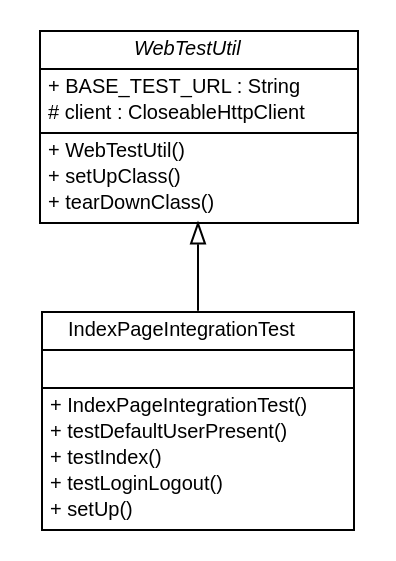
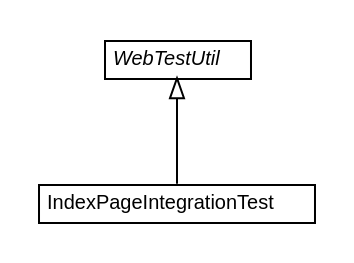
Before and after one commit to B3Partners/brmo: the diagram in brmo-service/testapidocs/nl/b3p/web/nl.b3p.web.dot, drawn with Graphviz. The commit also changed 385 other files, not shown here.

```diff
--- a/brmo-service/testapidocs/nl/b3p/web/nl.b3p.web.dot
+++ b/brmo-service/testapidocs/nl/b3p/web/nl.b3p.web.dot
@@ -1,45 +1,26 @@
 #!/usr/local/bin/dot
 #
 # Class diagram 
 # Generated by UMLGraph version R5_6-24-gf6e263 (http://www.umlgraph.org/)
 #
 
 digraph G {
 	edge [fontname="Helvetica",fontsize=10,labelfontname="Helvetica",labelfontsize=10];
 	node [fontname="Helvetica",fontsize=10,shape=plaintext];
 	nodesep=0.25;
 	ranksep=0.5;
 	// nl.b3p.web.WebTestUtil
-	c23 [label=<<table title="nl.b3p.web.WebTestUtil" border="0" cellborder="1" cellspacing="0" cellpadding="2" port="p" href="./WebTestUtil.html">
+	c22 [label=<<table title="nl.b3p.web.WebTestUtil" border="0" cellborder="1" cellspacing="0" cellpadding="2" port="p" href="./WebTestUtil.html">
 		<tr><td><table border="0" cellspacing="0" cellpadding="1">
 <tr><td align="center" balign="center"><font face="Helvetica-Oblique"> WebTestUtil </font></td></tr>
 		</table></td></tr>
-		<tr><td><table border="0" cellspacing="0" cellpadding="1">
-<tr><td align="left" balign="left"> + BASE_TEST_URL : String </td></tr>
-<tr><td align="left" balign="left"> # client : CloseableHttpClient </td></tr>
-		</table></td></tr>
-		<tr><td><table border="0" cellspacing="0" cellpadding="1">
-<tr><td align="left" balign="left"> + WebTestUtil() </td></tr>
-<tr><td align="left" balign="left"> + setUpClass() </td></tr>
-<tr><td align="left" balign="left"> + tearDownClass() </td></tr>
-		</table></td></tr>
 		</table>>, URL="./WebTestUtil.html", fontname="Helvetica", fontcolor="black", fontsize=10.0];
 	// nl.b3p.web.IndexPageIntegrationTest
-	c24 [label=<<table title="nl.b3p.web.IndexPageIntegrationTest" border="0" cellborder="1" cellspacing="0" cellpadding="2" port="p" href="./IndexPageIntegrationTest.html">
+	c23 [label=<<table title="nl.b3p.web.IndexPageIntegrationTest" border="0" cellborder="1" cellspacing="0" cellpadding="2" port="p" href="./IndexPageIntegrationTest.html">
 		<tr><td><table border="0" cellspacing="0" cellpadding="1">
 <tr><td align="center" balign="center"> IndexPageIntegrationTest </td></tr>
 		</table></td></tr>
-		<tr><td><table border="0" cellspacing="0" cellpadding="1">
-<tr><td align="left" balign="left">  </td></tr>
-		</table></td></tr>
-		<tr><td><table border="0" cellspacing="0" cellpadding="1">
-<tr><td align="left" balign="left"> + IndexPageIntegrationTest() </td></tr>
-<tr><td align="left" balign="left"> + testDefaultUserPresent() </td></tr>
-<tr><td align="left" balign="left"> + testIndex() </td></tr>
-<tr><td align="left" balign="left"> + testLoginLogout() </td></tr>
-<tr><td align="left" balign="left"> + setUp() </td></tr>
-		</table></td></tr>
 		</table>>, URL="./IndexPageIntegrationTest.html", fontname="Helvetica", fontcolor="black", fontsize=10.0];
 	//nl.b3p.web.IndexPageIntegrationTest extends nl.b3p.web.WebTestUtil
-	c23:p -> c24:p [dir=back,arrowtail=empty];
+	c22:p -> c23:p [dir=back,arrowtail=empty];
 }
```
